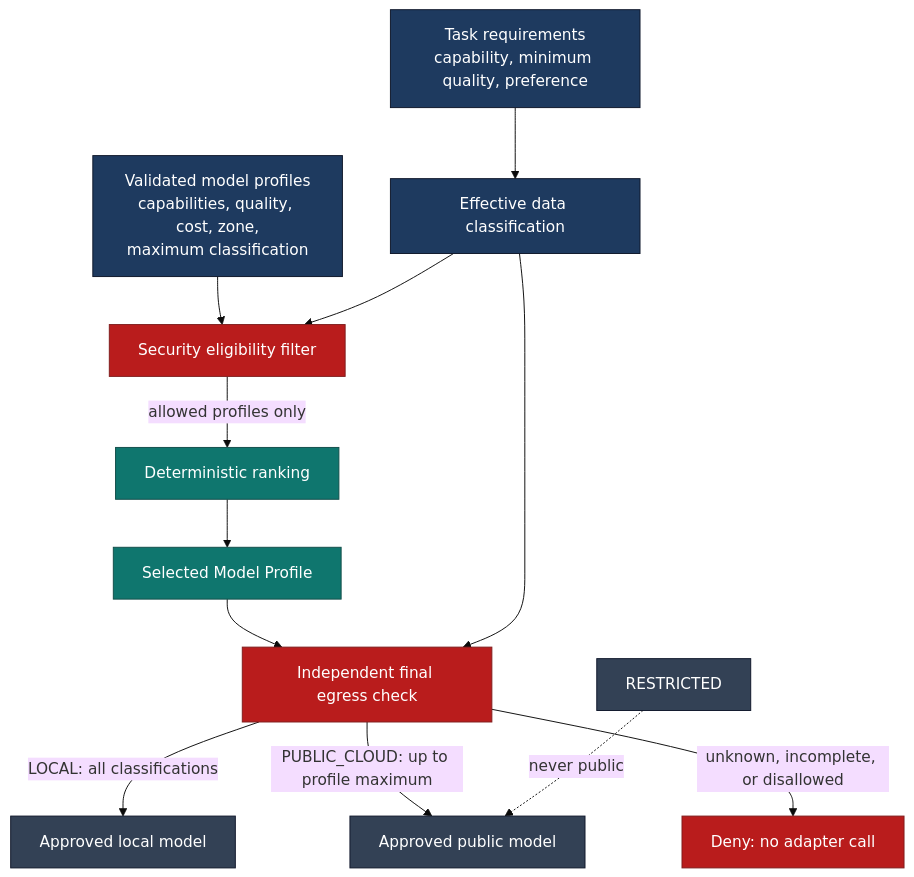
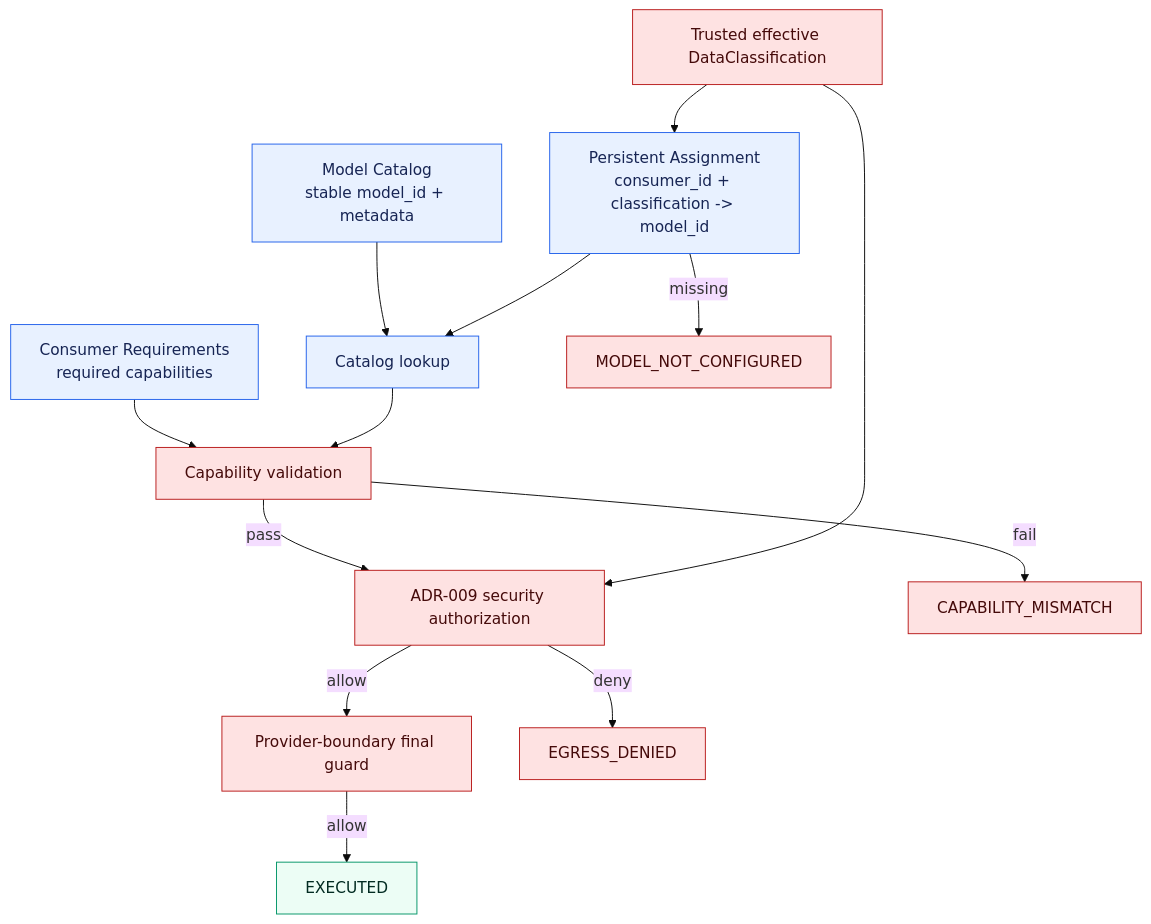
One commit to aboerzel/industrial-ai-agent changed diagram 15 of 20 in docs/architecture/overview.md. Above: the diagram before and after it, drawn with Mermaid (base theme). The commit also changed other lines of this file and 68 other files, not shown here.

Commit message:
feat: add secure persistent model configuration

````diff
--- a/docs/architecture/overview.md
+++ b/docs/architecture/overview.md
@@ -1003,23 +997,22 @@
 ```mermaid
 flowchart TD
-    Requirements["Task requirements<br/>capability, minimum quality, preference"] --> Class["Effective data classification"]
-    Profiles["Validated model profiles<br/>capabilities, quality, cost, zone,<br/>maximum classification"] --> Eligible["Security eligibility filter"]
-    Class --> Eligible
-    Eligible -->|"allowed profiles only"| Rank["Deterministic ranking"]
-    Rank --> Selected["Selected Model Profile"]
-    Selected --> Egress["Independent final egress check"]
-    Class --> Egress
-    Egress -->|"LOCAL: all classifications"| Local["Approved local model"]
-    Egress -->|"PUBLIC_CLOUD: up to profile maximum"| Public["Approved public model"]
-    Egress -->|"unknown, incomplete, or disallowed"| Deny["Deny: no adapter call"]
-    Restricted["RESTRICTED"] -.->|"never public"| Public
+    Catalog["Model Catalog<br/>stable model_id + metadata"] --> Lookup["Catalog lookup"]
+    Assignment["Persistent Assignment<br/>consumer_id + classification -> model_id"] --> Lookup
+    Requirements["Consumer Requirements<br/>required capabilities"] --> Capability["Capability validation"]
+    Lookup --> Capability
+    Capability -->|"pass"| Security["ADR-009 security authorization"]
+    Capability -->|"fail"| Mismatch["CAPABILITY_MISMATCH"]
+    RunClass["Trusted effective DataClassification"] --> Assignment
+    RunClass --> Security
+    Security -->|"allow"| Guard["Provider-boundary final guard"]
+    Security -->|"deny"| EgressDenied["EGRESS_DENIED"]
+    Guard -->|"allow"| Executed["EXECUTED"]
+    Assignment -->|"missing"| Missing["MODEL_NOT_CONFIGURED"]
 
-    classDef input fill:#1e3a5f,stroke:#0f172a,color:#ffffff
-    classDef security fill:#b91c1c,stroke:#7f1d1d,color:#ffffff
-    classDef routing fill:#0f766e,stroke:#134e4a,color:#ffffff
-    classDef execution fill:#334155,stroke:#0f172a,color:#ffffff
-    class Requirements,Class,Profiles input
-    class Eligible,Egress,Deny security
-    class Rank,Selected routing
-    class Local,Public,Restricted execution
+    classDef config fill:#e8f1ff,stroke:#2563eb,color:#172554
+    classDef security fill:#fee2e2,stroke:#b91c1c,color:#450a0a
+    classDef execution fill:#ecfdf5,stroke:#059669,color:#022c22
+    class Catalog,Assignment,Requirements,Lookup config
+    class RunClass,Capability,Security,Guard,Mismatch,EgressDenied,Missing security
+    class Executed execution
 ```
````
